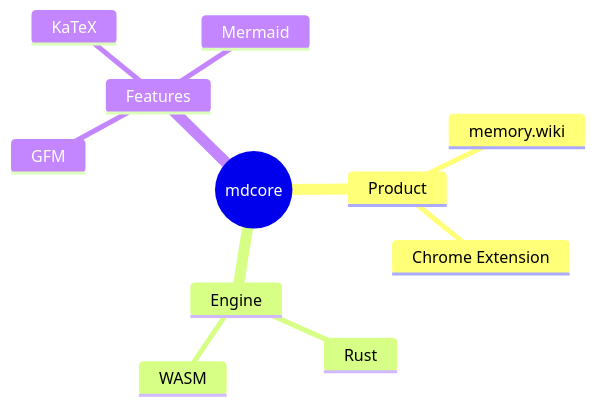
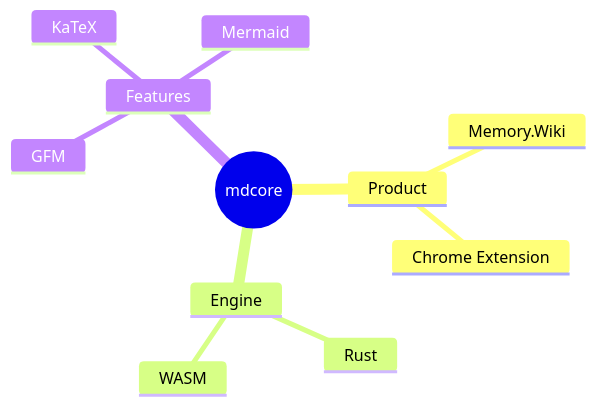
One commit to raymindai/memory-wiki changed the eighth of 13 diagrams in apps/desktop/renderer/examples/diagrams.md. Above: the diagram before and after it, drawn with Mermaid. The commit also changed other lines of this file and 232 other files, not shown here.

````diff
--- a/apps/desktop/renderer/examples/diagrams.md
+++ b/apps/desktop/renderer/examples/diagrams.md
@@ -98,14 +98,14 @@
 ```mermaid
 mindmap
   root((mdcore))
     Product
-      memory.wiki
+      Memory.Wiki
       Chrome Extension
     Engine
       Rust
       WASM
     Features
       GFM
       KaTeX
       Mermaid
 ```
````
